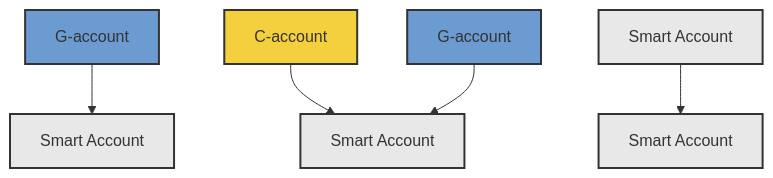
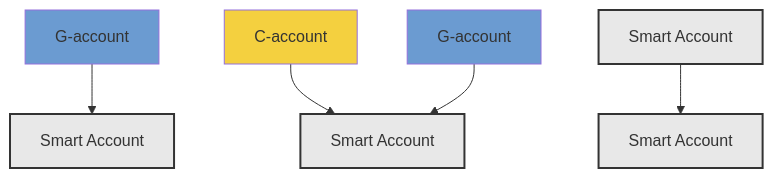
The first of 3 diagrams in content/stellar-contracts/accounts/signers-and-verifiers.mdx (OpenZeppelin/docs), drawn with Mermaid before and after one commit. The commit also changed other lines of this file and 3 other files, not shown here.

Commit message:
add mermaid charts and apply suggestions

````diff
--- a/content/stellar-contracts/accounts/signers-and-verifiers.mdx
+++ b/content/stellar-contracts/accounts/signers-and-verifiers.mdx
@@ -27,23 +27,23 @@
 ```mermaid
 graph TD
     G1[G-account]
     G2[G-account]
     C1[C-account]
     SA1[Smart Account]
     SA2[Smart Account]
     SA3[Smart Account]
     SA4[Smart Account]
     
     G1 --> SA1
     SA3 --> SA4
     C1 --> SA2
     G2 --> SA2
     
-    style G1 fill:#6B9BD1,stroke:#333,stroke-width:2px
-    style G2 fill:#6B9BD1,stroke:#333,stroke-width:2px
-    style C1 fill:#F4D03F,stroke:#333,stroke-width:2px
+    style G1 fill:#6B9BD1
+    style G2 fill:#6B9BD1
+    style C1 fill:#F4D03F
     style SA1 fill:#E8E8E8,stroke:#333,stroke-width:2px
     style SA2 fill:#E8E8E8,stroke:#333,stroke-width:2px
     style SA3 fill:#E8E8E8,stroke:#333,stroke-width:2px
     style SA4 fill:#E8E8E8,stroke:#333,stroke-width:2px
 ```
````
